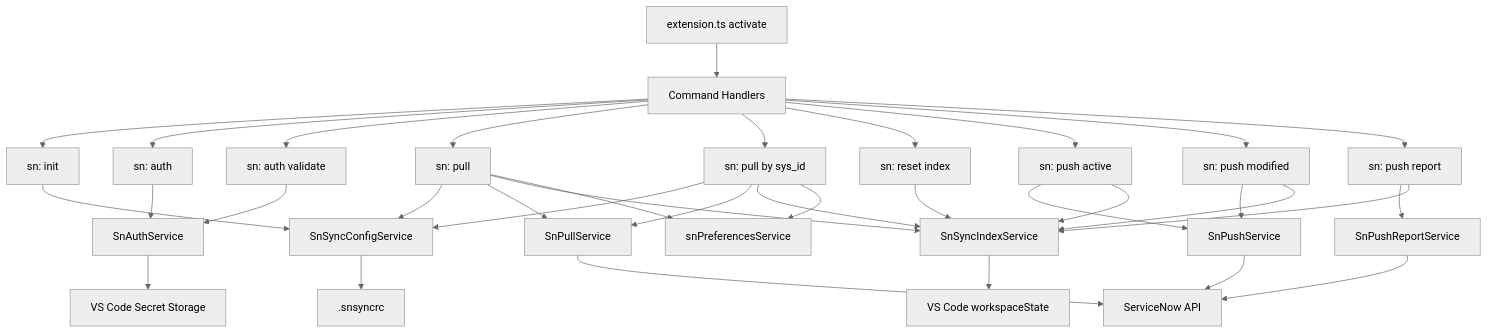
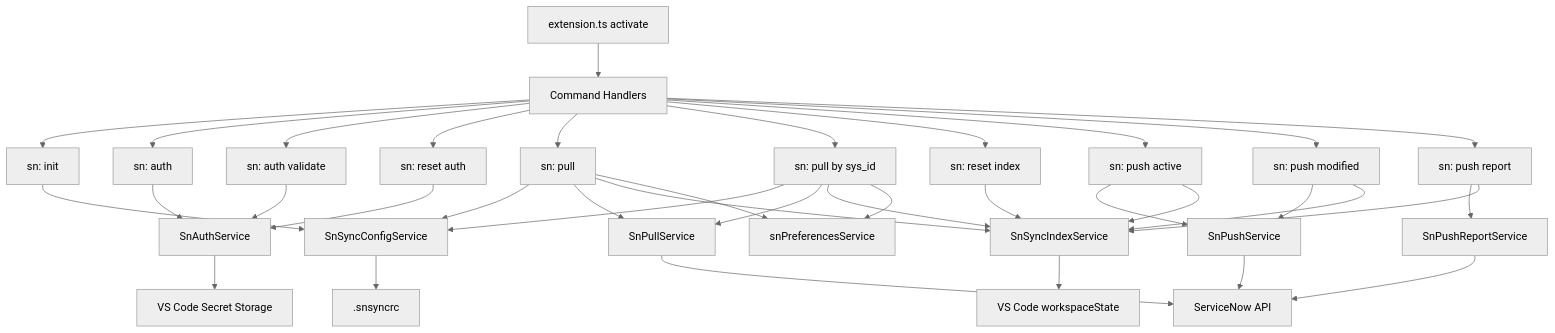
One commit to AlexAlvarez092/sn-sync changed the diagram in docs/architecture.md. Above: the diagram before and after it, drawn with Mermaid (neutral theme). The commit also changed other lines of this file and 46 other files, not shown here.

````diff
--- a/docs/architecture.md
+++ b/docs/architecture.md
@@ -117,47 +143,49 @@
 ```mermaid
 flowchart TD
   EXT[extension.ts activate] --> CMD[Command Handlers]
 
   CMD --> INIT[sn: init]
   CMD --> AUTH[sn: auth]
   CMD --> AUTHV[sn: auth validate]
+  CMD --> AUTHR[sn: reset auth]
   CMD --> PULL[sn: pull]
   CMD --> PULLID[sn: pull by sys_id]
   CMD --> RESET[sn: reset index]
   CMD --> PUSHA[sn: push active]
   CMD --> PUSHM[sn: push modified]
   CMD --> PUSHR[sn: push report]
 
   INIT --> CFG[SnSyncConfigService]
   AUTH --> AUTHS[SnAuthService]
   AUTHV --> AUTHS
+  AUTHR --> AUTHS
 
   PULL --> CFG
   PULL --> PULLS[SnPullService]
   PULL --> INDEX[SnSyncIndexService]
   PULL --> PREF[snPreferencesService]
 
   PULLID --> CFG
   PULLID --> PULLS
   PULLID --> INDEX
   PULLID --> PREF
 
   RESET --> INDEX
 
   PUSHA --> PUSHS[SnPushService]
   PUSHA --> INDEX
 
   PUSHM --> PUSHS
   PUSHM --> INDEX
 
   PUSHR --> REP[SnPushReportService]
   PUSHR --> INDEX
 
   PULLS --> SN[ServiceNow API]
   PUSHS --> SN
   REP --> SN
 
   INDEX --> WS[VS Code workspaceState]
   AUTHS --> SEC[VS Code Secret Storage]
   CFG --> RC[.snsyncrc]
 ```
````
